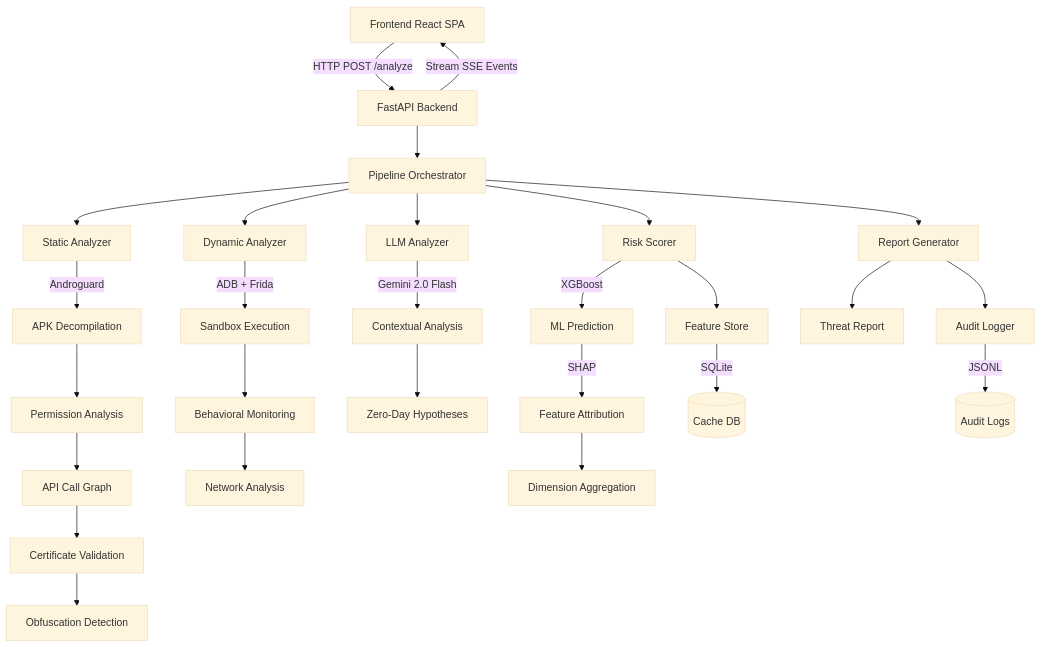
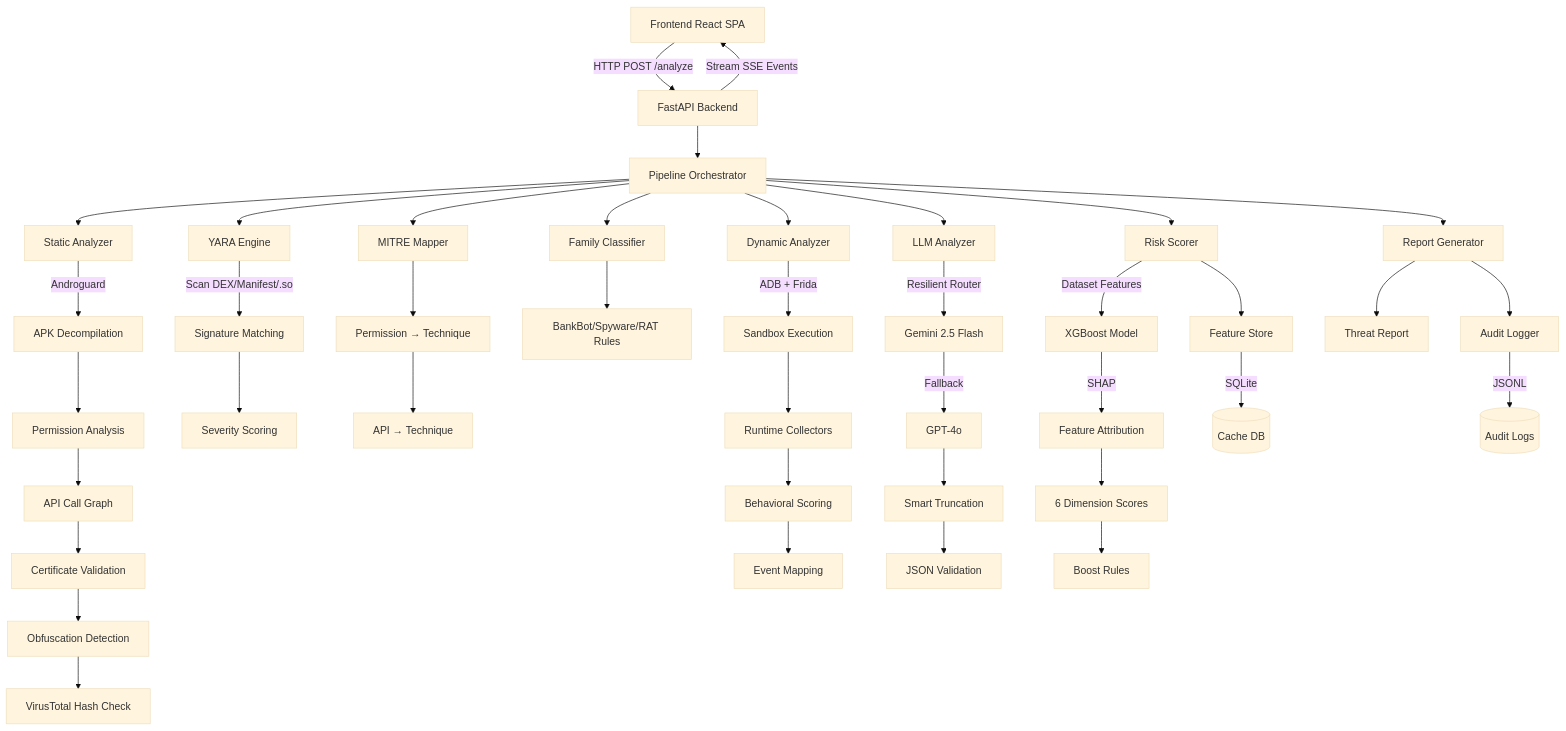
The third of 3 diagrams in Readme.md (indiser/MobileGuard-AI), drawn with Mermaid (base theme) before and after one commit. The commit also changed other lines of this file, not shown here.

````diff
--- a/Readme.md
+++ b/Readme.md
@@ -114,37 +313,54 @@
 ```mermaid
 graph TD
     A[Frontend React SPA] -->|HTTP POST /analyze| B[FastAPI Backend]
     B -->|Stream SSE Events| A
     
     B --> C[Pipeline Orchestrator]
     
     C --> D[Static Analyzer]
     D -->|Androguard| D1[APK Decompilation]
     D1 --> D2[Permission Analysis]
     D2 --> D3[API Call Graph]
     D3 --> D4[Certificate Validation]
     D4 --> D5[Obfuscation Detection]
+    D5 --> D6[VirusTotal Hash Check]
+    
+    C --> Y[YARA Engine]
+    Y -->|Scan DEX/Manifest/.so| Y1[Signature Matching]
+    Y1 --> Y2[Severity Scoring]
+    
+    C --> M[MITRE Mapper]
+    M --> M1[Permission → Technique]
+    M1 --> M2[API → Technique]
+    
+    C --> FC[Family Classifier]
+    FC --> FC1[BankBot/Spyware/RAT Rules]
     
     C --> E[Dynamic Analyzer]
     E -->|ADB + Frida| E1[Sandbox Execution]
-    E1 --> E2[Behavioral Monitoring]
-    E2 --> E3[Network Analysis]
+    E1 --> E2[Runtime Collectors]
+    E2 --> E3[Behavioral Scoring]
+    E3 --> E4[Event Mapping]
     
     C --> F[LLM Analyzer]
-    F -->|Gemini 2.0 Flash| F1[Contextual Analysis]
-    F1 --> F2[Zero-Day Hypotheses]
+    F -->|Resilient Router| F1[Gemini 2.5 Flash]
+    F1 -->|Fallback| F2[GPT-4o]
+    F2 --> F3[Smart Truncation]
+    F3 --> F4[JSON Validation]
     
     C --> G[Risk Scorer]
-    G -->|XGBoost| G1[ML Prediction]
+    G -->|Dataset Features| G1[XGBoost Model]
     G1 -->|SHAP| G2[Feature Attribution]
-    G2 --> G3[Dimension Aggregation]
+    G2 --> G3[6 Dimension Scores]
+    G3 --> G4[Boost Rules]
     
     C --> H[Report Generator]
     H --> I[Threat Report]
     
     G --> J[Feature Store]
     J -->|SQLite| K[(Cache DB)]
     
     H --> L[Audit Logger]
-    L -->|JSONL| M[(Audit Logs)]
+    L -->|JSONL| N[(Audit Logs)]
+
 ```
````
